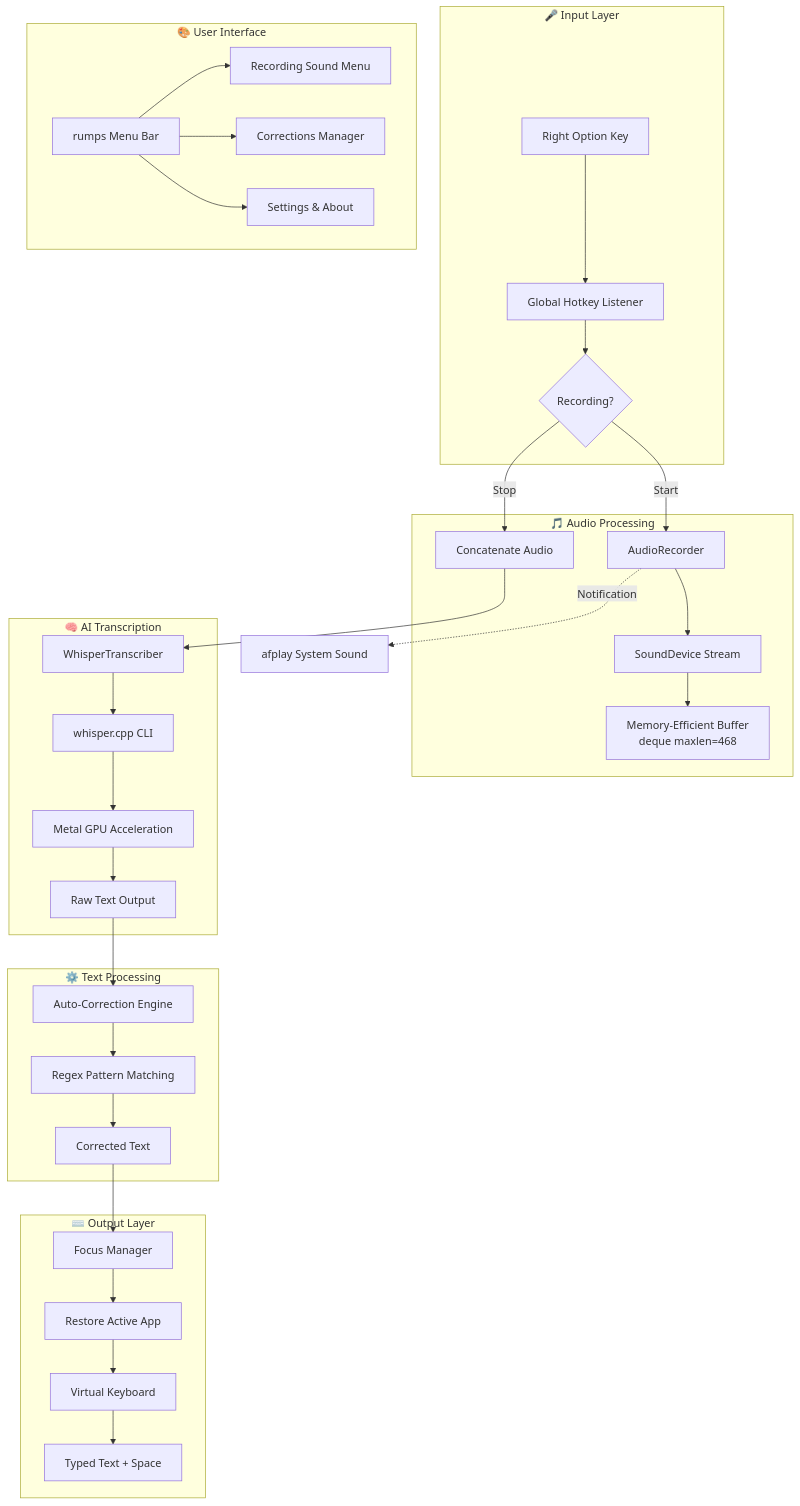
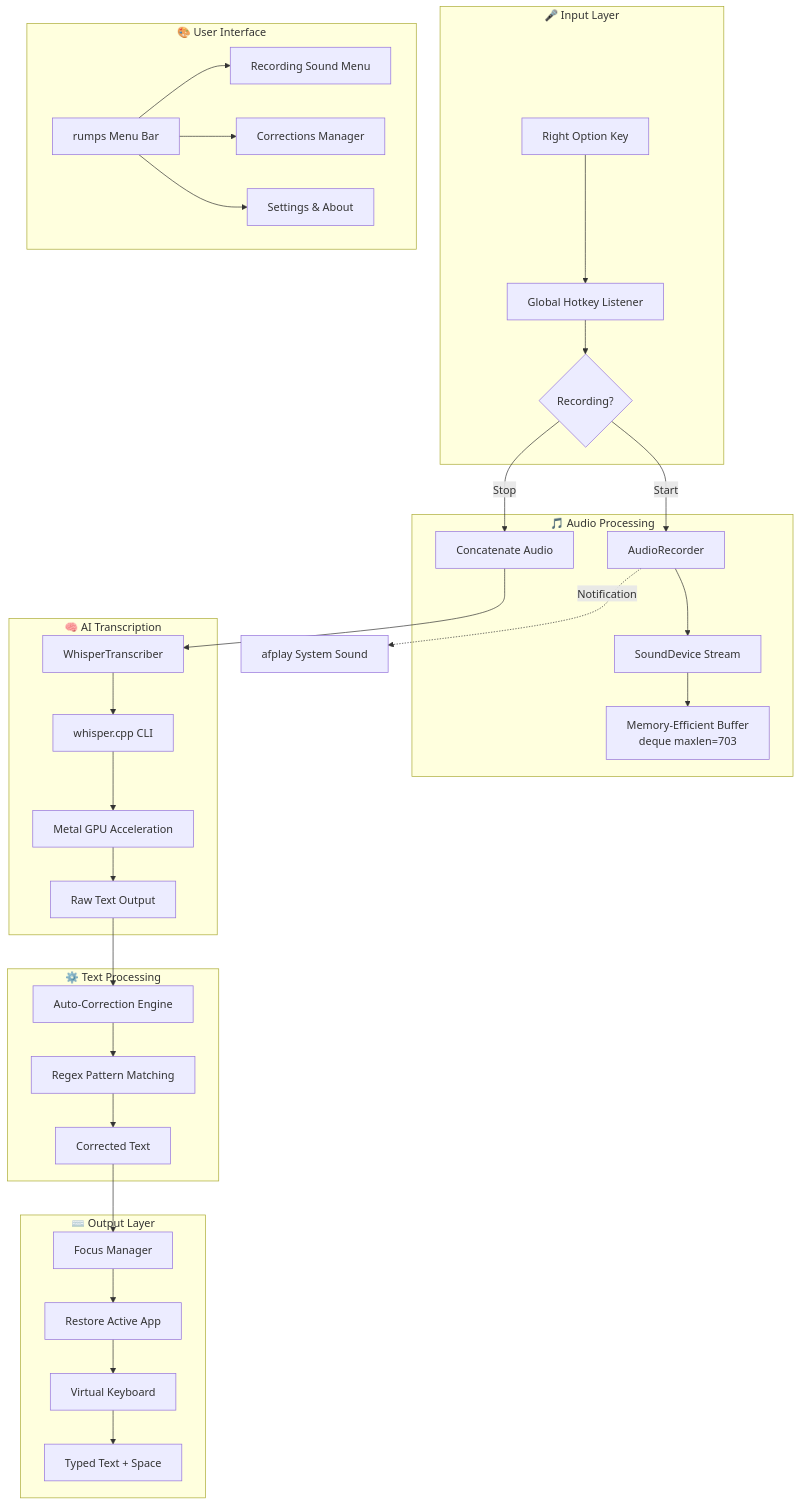
Before and after one commit to roshrv27/Jarvis-Transcribe: the first of 2 diagrams in README.md, drawn with Mermaid. The commit also changed other lines of this file, not shown here.

````diff
--- a/README.md
+++ b/README.md
@@ -19,42 +19,42 @@
 ```mermaid
 flowchart TB
     subgraph Input["🎤 Input Layer"]
         A[Right Option Key] --> B[Global Hotkey Listener]
         B --> C{Recording?}
     end
 
     subgraph Audio["🎵 Audio Processing"]
         C -->|Start| D[AudioRecorder]
         D --> E[SoundDevice Stream]
-        E --> F[Memory-Efficient Buffer<br/>deque maxlen=468]
+        E --> F[Memory-Efficient Buffer<br/>deque maxlen=703]
         C -->|Stop| G[Concatenate Audio]
     end
 
     subgraph Transcription["🧠 AI Transcription"]
         G --> H[WhisperTranscriber]
         H --> I[whisper.cpp CLI]
         I --> J[Metal GPU Acceleration]
         J --> K[Raw Text Output]
     end
 
     subgraph Processing["⚙️ Text Processing"]
         K --> L[Auto-Correction Engine]
         L --> M[Regex Pattern Matching]
         M --> N[Corrected Text]
     end
 
     subgraph Output["⌨️ Output Layer"]
         N --> O[Focus Manager]
         O --> P[Restore Active App]
         P --> Q[Virtual Keyboard]
         Q --> R[Typed Text + Space]
     end
 
     subgraph UI["🎨 User Interface"]
         S[rumps Menu Bar] --> T[Recording Sound Menu]
         S --> U[Corrections Manager]
         S --> V[Settings & About]
     end
 
     D -.->|Notification| W[afplay System Sound]
 ```
````
